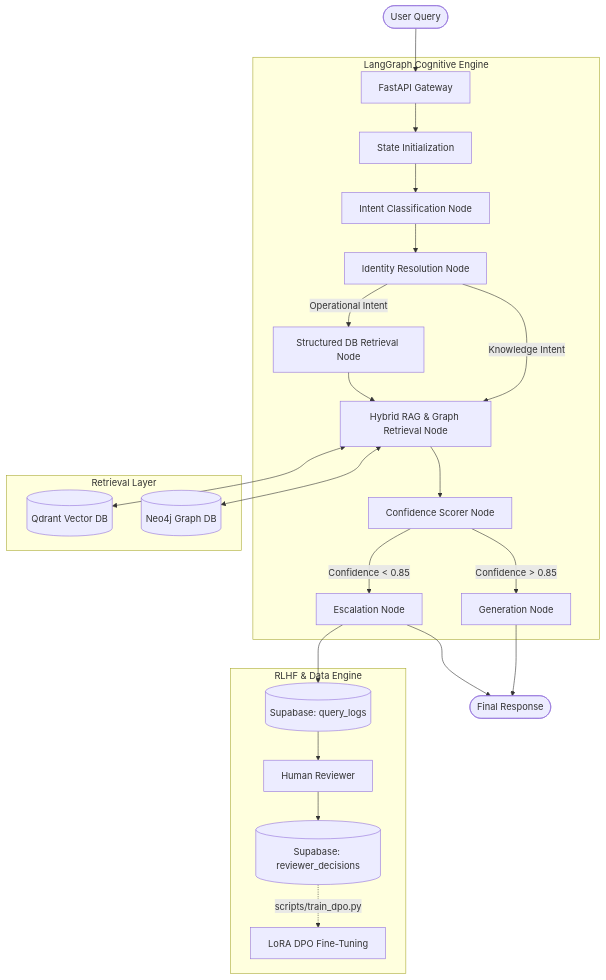
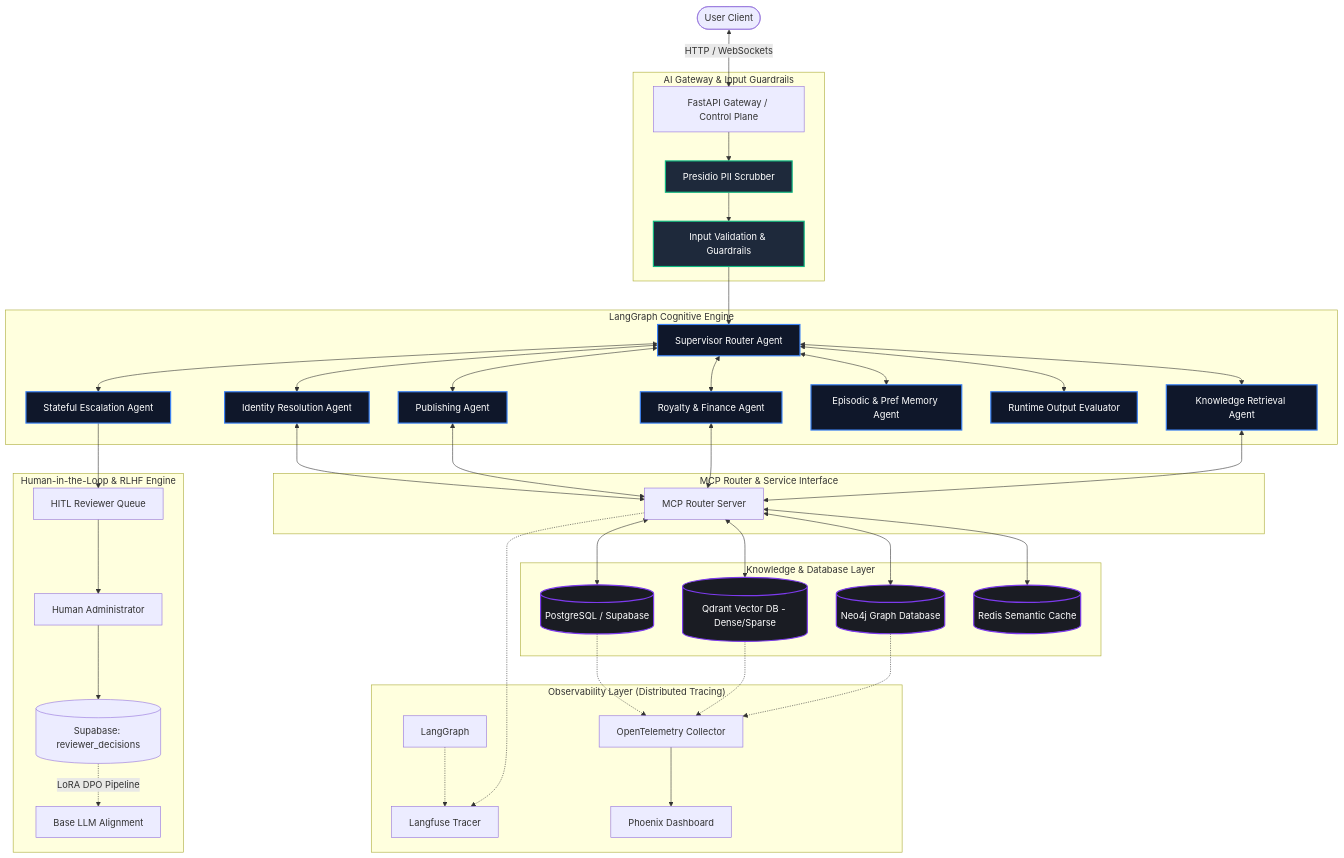
One commit to kunal-gh/Centaurus changed the diagram in README.md. Above: the diagram before and after it, drawn with Mermaid. The commit also changed other lines of this file, not shown here.

Commit message:
docs: overhaul README to align with Principal AI Architect enterprise directive

````diff
--- a/README.md
+++ b/README.md
@@ -53,35 +54,53 @@
 ```mermaid
 graph TD
-    User([User Query]) --> API[FastAPI Gateway]
+    User([User Client]) <-->|HTTP / WebSockets| API[FastAPI Gateway / Control Plane]
+    
+    subgraph Gateway [AI Gateway & Input Guardrails]
+        API --> Presidio[Presidio PII Scrubber]
+        Presidio --> GatewayScorer[Input Validation & Guardrails]
+    end
     
     subgraph "LangGraph Cognitive Engine"
-        API --> State[State Initialization]
-        State --> IntentNode[Intent Classification Node]
-        IntentNode --> IdentityNode[Identity Resolution Node]
+        GatewayScorer --> Supervisor[Supervisor Router Agent]
         
-        IdentityNode -->|Operational Intent| DBNode[Structured DB Retrieval Node]
-        IdentityNode -->|Knowledge Intent| RAGNode[Hybrid RAG & Graph Retrieval Node]
-        
-        DBNode --> RAGNode
-        
-        RAGNode --> ConfNode[Confidence Scorer Node]
-        
-        ConfNode -->|Confidence > 0.85| GenNode[Generation Node]
-        ConfNode -->|Confidence < 0.85| EscNode[Escalation Node]
+        Supervisor <--> IdentityAgent[Identity Resolution Agent]
+        Supervisor <--> PublishingAgent[Publishing Agent]
+        Supervisor <--> RoyaltyAgent[Royalty & Finance Agent]
+        Supervisor <--> KnowledgeAgent[Knowledge Retrieval Agent]
+        Supervisor <--> MemoryAgent[Episodic & Pref Memory Agent]
+        Supervisor <--> EvaluationAgent[Runtime Output Evaluator]
+        Supervisor <--> EscalationAgent[Stateful Escalation Agent]
+    end
+
+    subgraph "MCP Router & Service Interface"
+        IdentityAgent & PublishingAgent & RoyaltyAgent & KnowledgeAgent <--> MCP[MCP Router Server]
+    end
+
+    subgraph "Knowledge & Database Layer"
+        MCP <--> Postgres[(PostgreSQL / Supabase)]
+        MCP <--> Qdrant[(Qdrant Vector DB - Dense/Sparse)]
+        MCP <--> Neo4j[(Neo4j Graph Database)]
+        MCP <--> Redis[(Redis Semantic Cache)]
     end
     
-    subgraph "Retrieval Layer"
-        RAGNode <--> Qdrant[(Qdrant Vector DB)]
-        RAGNode <--> Neo4j[(Neo4j Graph DB)]
+    subgraph "Human-in-the-Loop & RLHF Engine"
+        EscalationAgent --> ReviewQueue[HITL Reviewer Queue]
+        ReviewQueue --> HumanReviewer[Human Administrator]
+        HumanReviewer --> PrefData[(Supabase: reviewer_decisions)]
+        PrefData -.-> |LoRA DPO Pipeline| FineTunedLLM[Base LLM Alignment]
     end
     
-    subgraph "RLHF & Data Engine"
-        EscNode --> ReviewQueue[(Supabase: query_logs)]
-        ReviewQueue --> HumanAdmin[Human Reviewer]
-        HumanAdmin --> DPO[(Supabase: reviewer_decisions)]
-        DPO -.-> |scripts/train_dpo.py| LoraFT[LoRA DPO Fine-Tuning]
+    subgraph "Observability Layer (Distributed Tracing)"
+        LangGraph -.-> Langfuse[Langfuse Tracer]
+        MCP -.-> Langfuse
+        Postgres & Qdrant & Neo4j -.-> OpenTelemetry[OpenTelemetry Collector]
+        OpenTelemetry --> Phoenix[Phoenix Dashboard]
     end
-
-    GenNode --> Response([Final Response])
-    EscNode --> Response
+    
+    classDef database fill:#1a1c23,stroke:#7c3aed,stroke-width:2px,color:#fff;
+    classDef agent fill:#0f172a,stroke:#3b82f6,stroke-width:2px,color:#fff;
+    classDef gateway fill:#1e293b,stroke:#10b981,stroke-width:2px,color:#fff;
+    class Postgres,Qdrant,Neo4j,Redis database;
+    class Supervisor,IdentityAgent,PublishingAgent,RoyaltyAgent,KnowledgeAgent,MemoryAgent,EvaluationAgent,EscalationAgent agent;
+    class Presidio,GatewayScorer gateway;
 ```
````
